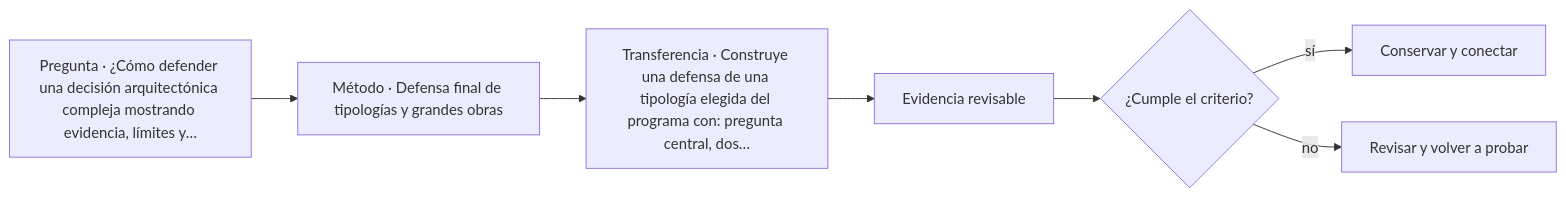
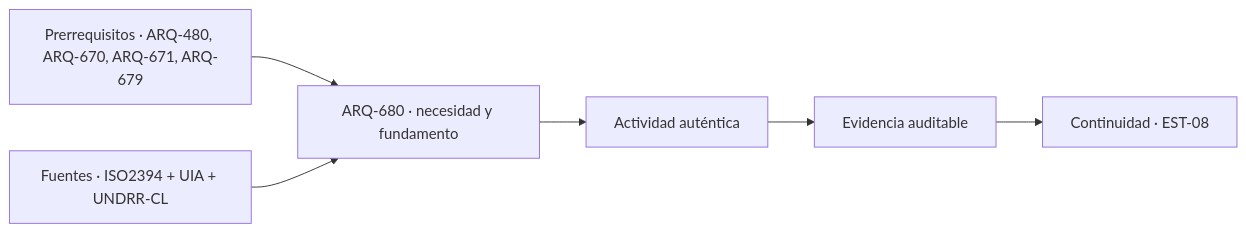
One commit to vladimiracunadev-create/architecture-built-environment-learning-program changed the diagram in classes/parte-68/ARQ-680.md. Above: the diagram before and after it, drawn with Mermaid. The commit also changed other lines of this file and 89 other files, not shown here.

````diff
--- a/classes/parte-68/ARQ-680.md
+++ b/classes/parte-68/ARQ-680.md
@@ -72,9 +84,8 @@
 ```mermaid
 flowchart LR
-    Q["Pregunta · ¿Cómo defender una decisión arquitectónica compleja mostrando evidencia, límites y…"] --> M["Método · Defensa final de tipologías y grandes obras"]
-    M --> P["Transferencia · Construye una defensa de una tipología elegida del programa con: pregunta central, dos…"]
-    P --> E["Evidencia revisable"]
-    E --> C{"¿Cumple el criterio?"}
-    C -->|sí| T["Conservar y conectar"]
-    C -->|no| R["Revisar y volver a probar"]
+    A["Prerrequisitos · ARQ-480, ARQ-670, ARQ-671, ARQ-679"] --> B["ARQ-680 · necesidad y fundamento"]
+    S["Fuentes · ISO2394 + UIA + UNDRR-CL"] --> B
+    B --> C["Actividad auténtica"]
+    C --> D["Evidencia auditable"]
+    D --> E["Continuidad · EST-08"]
 ```
````
